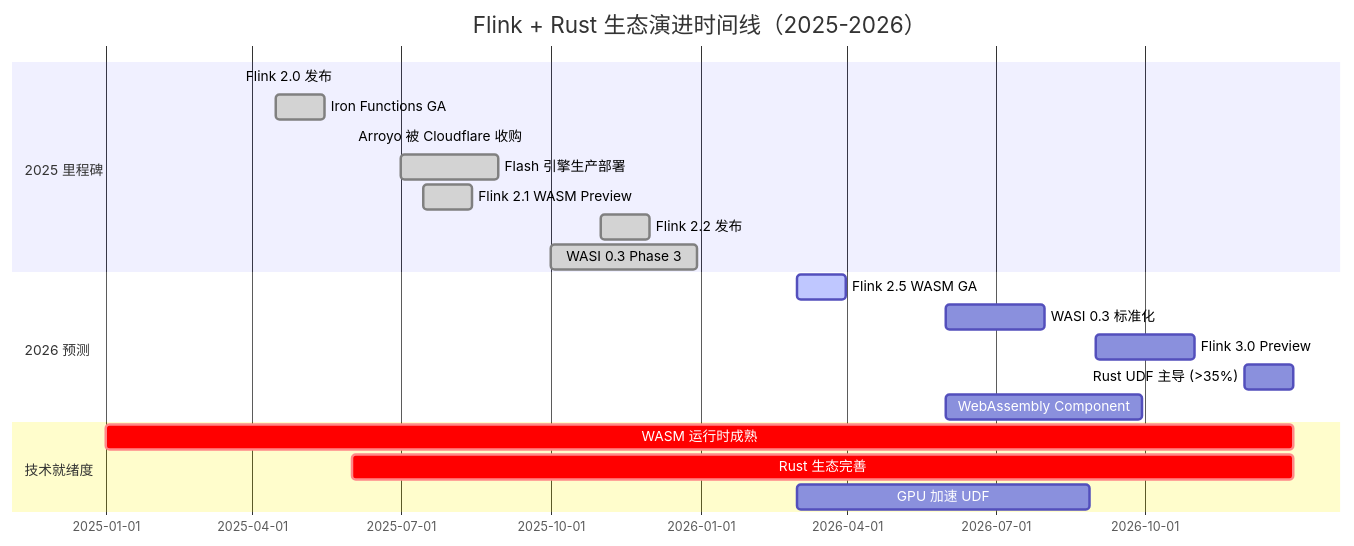
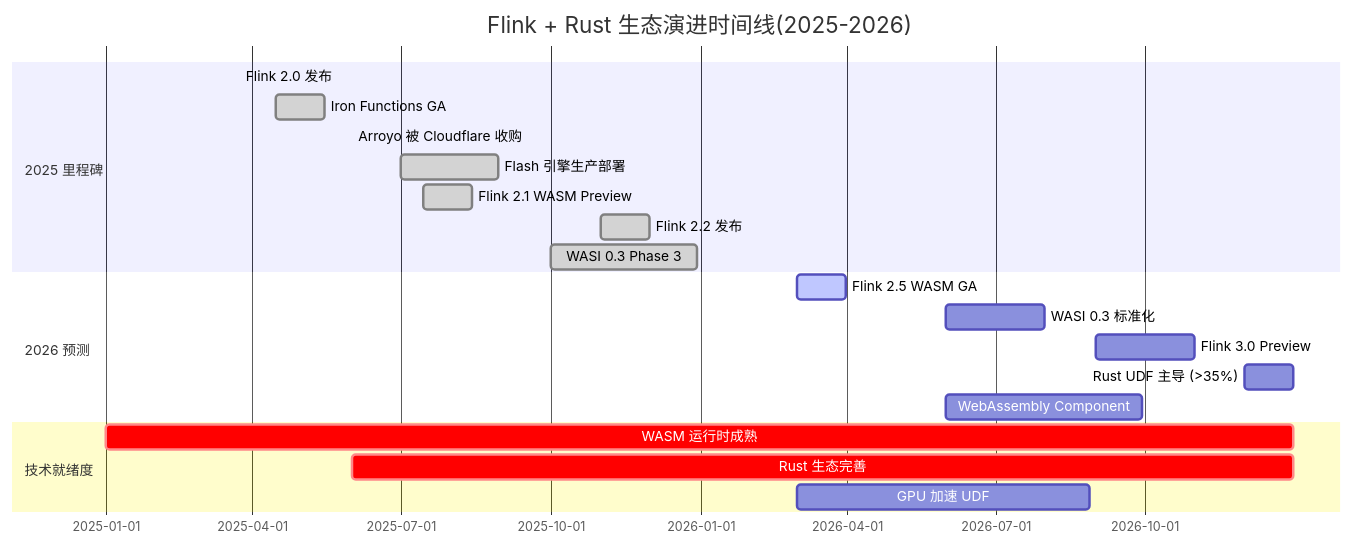
The third of 5 diagrams in Flink/07-rust-native/flink-rust-ecosystem-trends-2026.md (AdaMartin18010/AnalysisDataFlow), drawn with Mermaid before and after one commit. The commit also changed other lines of this file and 634 other files, not shown here.

````diff
--- a/Flink/07-rust-native/flink-rust-ecosystem-trends-2026.md
+++ b/Flink/07-rust-native/flink-rust-ecosystem-trends-2026.md
@@ -476,25 +476,25 @@
 ```mermaid
 gantt
-    title Flink + Rust 生态演进时间线（2025-2026）
+    title Flink + Rust 生态演进时间线(2025-2026)
     dateFormat  YYYY-MM-DD
     section 2025 里程碑
     Flink 2.0 发布           :done, f20, 2025-03-24, 2025-03-24
     Iron Functions GA        :done, iron, 2025-04-15, 30d
     Arroyo 被 Cloudflare 收购 :done, arroyo, 2025-06-01, 2025-06-01
     Flash 引擎生产部署       :done, flash, 2025-07-01, 60d
     Flink 2.1 WASM Preview   :done, f21, 2025-07-15, 30d
     Flink 2.2 发布           :done, f22, 2025-11-01, 30d
     WASI 0.3 Phase 3         :done, wasi, 2025-10-01, 90d
 
     section 2026 预测
     Flink 2.5 WASM GA        :active, f25, 2026-03-01, 30d
     WASI 0.3 标准化          :wasi2, 2026-06-01, 60d
     Flink 3.0 Preview        :f30, 2026-09-01, 60d
     Rust UDF 主导 (>35%)     :rust, 2026-12-01, 30d
     WebAssembly Component    :comp, 2026-06-01, 120d
 
     section 技术就绪度
     WASM 运行时成熟          :crit, runtime, 2025-01-01, 2026-12-31
     Rust 生态完善            :crit, eco, 2025-06-01, 2026-12-31
     GPU 加速 UDF             :gpu, 2026-03-01, 180d
 ```
````
